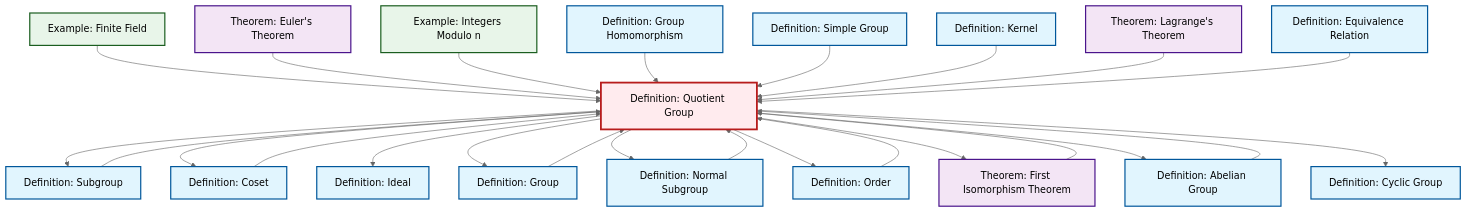
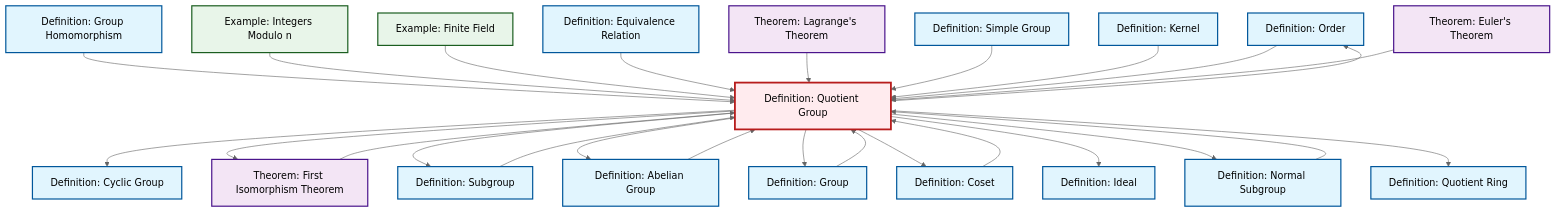
Before and after one commit to RK0429/ModernMath: the diagram in content/en/algebra/def-quotient-group.qmd, drawn with Mermaid (neutral theme). The commit also changed other lines of this file and 597 other files, not shown here.

````diff
--- a/content/en/algebra/def-quotient-group.qmd
+++ b/content/en/algebra/def-quotient-group.qmd
@@ -147,69 +148,72 @@
 ```{mermaid}
 %%| fig-cap: "Local dependency graph"
 graph TD
     classDef definition fill:#e1f5fe,stroke:#01579b,stroke-width:2px
     classDef theorem fill:#f3e5f5,stroke:#4a148c,stroke-width:2px
     classDef axiom fill:#fff3e0,stroke:#e65100,stroke-width:2px
     classDef example fill:#e8f5e9,stroke:#1b5e20,stroke-width:2px
     classDef current fill:#ffebee,stroke:#b71c1c,stroke-width:3px
+    def-order["Definition: Order"]:::definition
+    ex-quotient-integers-mod-n["Example: Integers Modulo n"]:::example
+    def-ideal["Definition: Ideal"]:::definition
+    def-kernel["Definition: Kernel"]:::definition
+    def-normal-subgroup["Definition: Normal Subgroup"]:::definition
+    thm-first-isomorphism["Theorem: First Isomorphism Theorem"]:::theorem
+    def-subgroup["Definition: Subgroup"]:::definition
+    def-cyclic-group["Definition: Cyclic Group"]:::definition
+    def-homomorphism["Definition: Group Homomorphism"]:::definition
+    def-equivalence-relation["Definition: Equivalence Relation"]:::definition
+    def-quotient-ring["Definition: Quotient Ring"]:::definition
+    def-group["Definition: Group"]:::definition
+    ex-finite-field["Example: Finite Field"]:::example
+    thm-lagrange["Theorem: Lagrange's Theorem"]:::theorem
+    def-coset["Definition: Coset"]:::definition
+    def-quotient-group["Definition: Quotient Group"]:::definition
     def-simple-group["Definition: Simple Group"]:::definition
-    def-subgroup["Definition: Subgroup"]:::definition
-    def-order["Definition: Order"]:::definition
-    ex-finite-field["Example: Finite Field"]:::example
-    def-equivalence-relation["Definition: Equivalence Relation"]:::definition
-    def-quotient-group["Definition: Quotient Group"]:::definition
-    def-ideal["Definition: Ideal"]:::definition
-    thm-lagrange["Theorem: Lagrange's Theorem"]:::theorem
+    thm-euler["Theorem: Euler's Theorem"]:::theorem
     def-abelian-group["Definition: Abelian Group"]:::definition
-    def-coset["Definition: Coset"]:::definition
-    def-cyclic-group["Definition: Cyclic Group"]:::definition
-    def-kernel["Definition: Kernel"]:::definition
-    def-homomorphism["Definition: Group Homomorphism"]:::definition
-    thm-euler["Theorem: Euler's Theorem"]:::theorem
-    def-group["Definition: Group"]:::definition
-    thm-first-isomorphism["Theorem: First Isomorphism Theorem"]:::theorem
-    def-normal-subgroup["Definition: Normal Subgroup"]:::definition
-    ex-quotient-integers-mod-n["Example: Integers Modulo n"]:::example
+    def-homomorphism --> def-quotient-group
+    def-normal-subgroup --> def-quotient-group
+    ex-quotient-integers-mod-n --> def-quotient-group
+    def-quotient-group --> def-cyclic-group
+    ex-finite-field --> def-quotient-group
+    def-quotient-group --> def-order
+    thm-first-isomorphism --> def-quotient-group
+    def-quotient-group --> thm-first-isomorphism
+    def-quotient-group --> def-subgroup
+    def-equivalence-relation --> def-quotient-group
+    thm-lagrange --> def-quotient-group
+    def-simple-group --> def-quotient-group
+    def-quotient-group --> def-abelian-group
+    def-kernel --> def-quotient-group
+    def-quotient-group --> def-group
+    def-quotient-group --> def-coset
     def-subgroup --> def-quotient-group
-    def-quotient-group --> def-subgroup
-    thm-first-isomorphism --> def-quotient-group
-    ex-finite-field --> def-quotient-group
-    def-quotient-group --> def-coset
+    def-order --> def-quotient-group
     def-quotient-group --> def-ideal
-    def-quotient-group --> def-group
+    def-quotient-group --> def-normal-subgroup
+    def-group --> def-quotient-group
+    def-abelian-group --> def-quotient-group
+    def-quotient-group --> def-quotient-ring
+    def-coset --> def-quotient-group
     thm-euler --> def-quotient-group
-    def-coset --> def-quotient-group
-    def-abelian-group --> def-quotient-group
-    def-group --> def-quotient-group
-    ex-quotient-integers-mod-n --> def-quotient-group
-    def-quotient-group --> def-normal-subgroup
-    def-quotient-group --> def-order
-    def-homomorphism --> def-quotient-group
-    def-simple-group --> def-quotient-group
-    def-kernel --> def-quotient-group
-    def-order --> def-quotient-group
-    thm-lagrange --> def-quotient-group
-    def-quotient-group --> thm-first-isomorphism
-    def-equivalence-relation --> def-quotient-group
-    def-quotient-group --> def-abelian-group
-    def-normal-subgroup --> def-quotient-group
-    def-quotient-group --> def-cyclic-group
     class def-quotient-group current
+    click def-order "def-order.html" "Go to Order definition"
+    click ex-quotient-integers-mod-n "ex-quotient-integers-mod-n.html" "Go to Integers Modulo n example"
+    click def-ideal "def-ideal.html" "Go to Ideal definition"
+    click def-kernel "def-kernel.html" "Go to Kernel definition"
+    click def-normal-subgroup "def-normal-subgroup.html" "Go to Normal Subgroup definition"
+    click thm-first-isomorphism "thm-first-isomorphism.html" "Go to First Isomorphism Theorem theorem"
+    click def-subgroup "def-subgroup.html" "Go to Subgroup definition"
+    click def-cyclic-group "def-cyclic-group.html" "Go to Cyclic Group definition"
+    click def-homomorphism "def-homomorphism.html" "Go to Group Homomorphism definition"
+    click def-equivalence-relation "def-equivalence-relation.html" "Go to Equivalence Relation definition"
+    click def-quotient-ring "def-quotient-ring.html" "Go to Quotient Ring definition"
+    click def-group "def-group.html" "Go to Group definition"
+    click ex-finite-field "ex-finite-field.html" "Go to Finite Field example"
+    click thm-lagrange "thm-lagrange.html" "Go to Lagrange's Theorem theorem"
+    click def-coset "def-coset.html" "Go to Coset definition"
     click def-simple-group "def-simple-group.html" "Go to Simple Group definition"
-    click def-subgroup "def-subgroup.html" "Go to Subgroup definition"
-    click def-order "def-order.html" "Go to Order definition"
-    click ex-finite-field "ex-finite-field.html" "Go to Finite Field example"
-    click def-equivalence-relation "def-equivalence-relation.html" "Go to Equivalence Relation definition"
-    click def-ideal "def-ideal.html" "Go to Ideal definition"
-    click thm-lagrange "thm-lagrange.html" "Go to Lagrange's Theorem theorem"
+    click thm-euler "thm-euler.html" "Go to Euler's Theorem theorem"
     click def-abelian-group "def-abelian-group.html" "Go to Abelian Group definition"
-    click def-coset "def-coset.html" "Go to Coset definition"
-    click def-cyclic-group "def-cyclic-group.html" "Go to Cyclic Group definition"
-    click def-kernel "def-kernel.html" "Go to Kernel definition"
-    click def-homomorphism "def-homomorphism.html" "Go to Group Homomorphism definition"
-    click thm-euler "thm-euler.html" "Go to Euler's Theorem theorem"
-    click def-group "def-group.html" "Go to Group definition"
-    click thm-first-isomorphism "thm-first-isomorphism.html" "Go to First Isomorphism Theorem theorem"
-    click def-normal-subgroup "def-normal-subgroup.html" "Go to Normal Subgroup definition"
-    click ex-quotient-integers-mod-n "ex-quotient-integers-mod-n.html" "Go to Integers Modulo n example"
 ```
````
